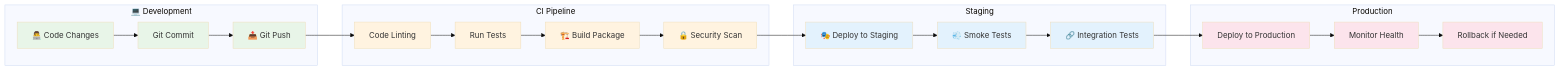
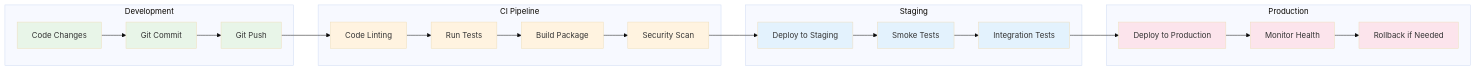
Before and after one commit to the-ingenious-dark-knight/Insight_Ingenious: the eighth of 11 diagrams in docs/development/README.md, drawn with Mermaid (base theme). The commit also changed other lines of this file and 17 other files, not shown here.

````diff
--- a/docs/development/README.md
+++ b/docs/development/README.md
@@ -559,50 +559,50 @@
 ```mermaid
 flowchart LR
-    subgraph "💻 Development"
-        CODE[👨‍💻 Code Changes]
+    subgraph "Development"
+        CODE[Code Changes]
         COMMIT[ Git Commit]
-        PUSH[📤 Git Push]
+        PUSH[Git Push]
     end
 
     subgraph " CI Pipeline"
         LINT[ Code Linting]
         TEST[ Run Tests]
-        BUILD[🏗️ Build Package]
-        SECURITY[🔒 Security Scan]
+        BUILD[Build Package]
+        SECURITY[Security Scan]
     end
 
     subgraph " Staging"
-        DEPLOY_STAGE[🎭 Deploy to Staging]
-        SMOKE_TEST[💨 Smoke Tests]
-        INTEGRATION_TEST[🔗 Integration Tests]
+        DEPLOY_STAGE[Deploy to Staging]
+        SMOKE_TEST[Smoke Tests]
+        INTEGRATION_TEST[Integration Tests]
     end
 
     subgraph " Production"
         DEPLOY_PROD[ Deploy to Production]
         MONITOR[ Monitor Health]
         ROLLBACK[ Rollback if Needed]
     end
 
     CODE --> COMMIT
     COMMIT --> PUSH
     PUSH --> LINT
     LINT --> TEST
     TEST --> BUILD
     BUILD --> SECURITY
     SECURITY --> DEPLOY_STAGE
     DEPLOY_STAGE --> SMOKE_TEST
     SMOKE_TEST --> INTEGRATION_TEST
     INTEGRATION_TEST --> DEPLOY_PROD
     DEPLOY_PROD --> MONITOR
     MONITOR --> ROLLBACK
 
     classDef dev fill:#e8f5e8
     classDef ci fill:#fff3e0
     classDef staging fill:#e3f2fd
     classDef prod fill:#fce4ec
 
     class CODE,COMMIT,PUSH dev
     class LINT,TEST,BUILD,SECURITY ci
     class DEPLOY_STAGE,SMOKE_TEST,INTEGRATION_TEST staging
     class DEPLOY_PROD,MONITOR,ROLLBACK prod
 ```
````
